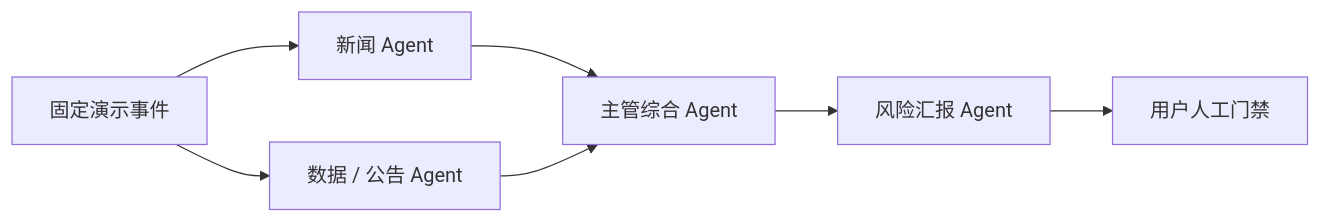
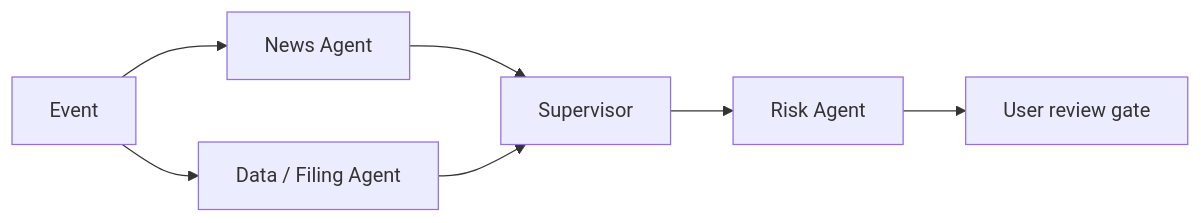
One commit to mungbean138516-jpg/orglab-sentinel changed the diagram in README.md. Above: the diagram before and after it, drawn with Mermaid. The commit also changed other lines of this file and 3 other files, not shown here.

````diff
--- a/README.md
+++ b/README.md
@@ -18,9 +35,9 @@
 ```mermaid
 flowchart LR
-    E["固定演示事件"] --> N["新闻 Agent"]
-    E --> D["数据 / 公告 Agent"]
-    N --> S["主管综合 Agent"]
+    E["Event"] --> N["News Agent"]
+    E --> D["Data / Filing Agent"]
+    N --> S["Supervisor"]
     D --> S
-    S --> R["风险汇报 Agent"]
-    R --> H["用户人工门禁"]
+    S --> R["Risk Agent"]
+    R --> H["User review gate"]
 ```
````
